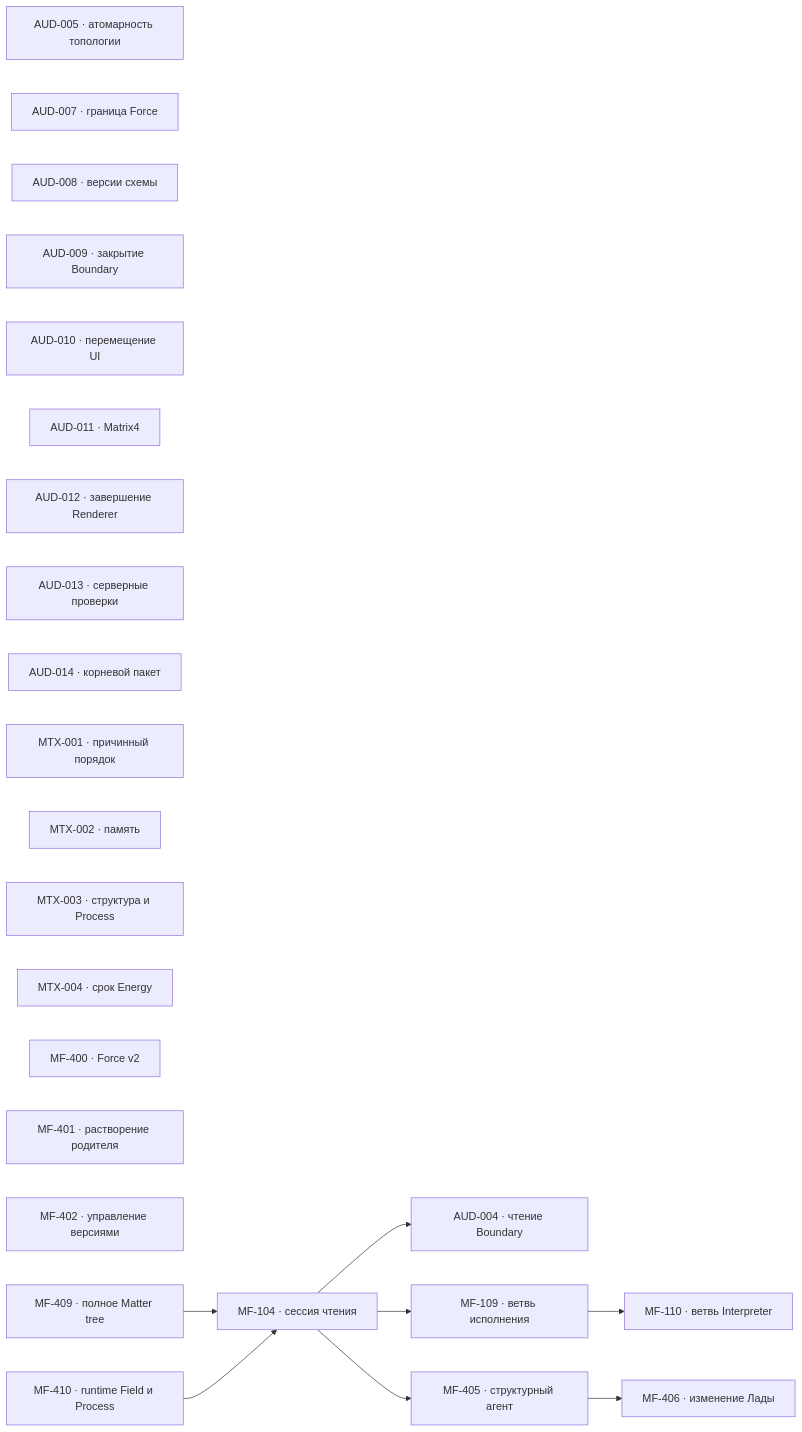
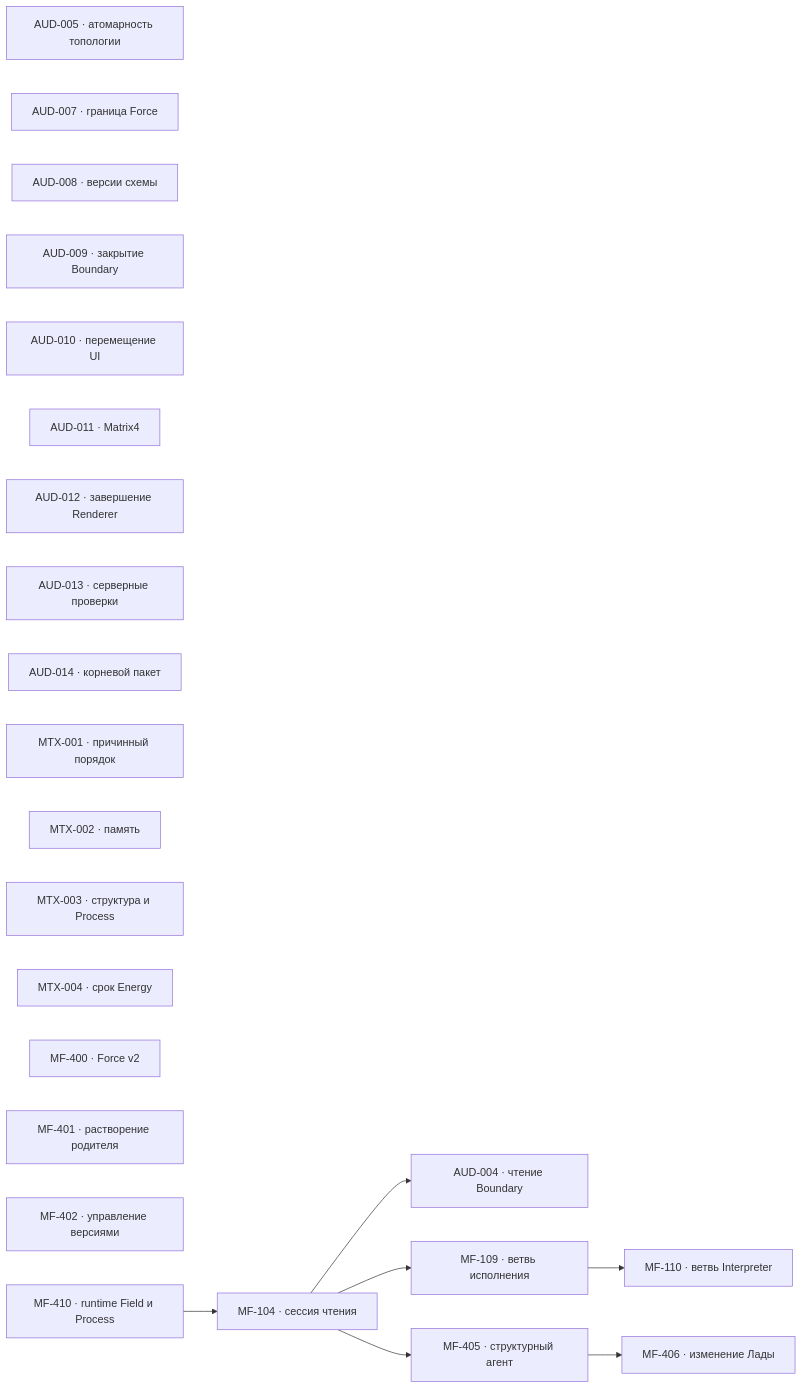
Before and after one commit to zavx0z/metafor: the diagram in project/TODO.md, drawn with Mermaid. The commit also changed other lines of this file and 1 other file, not shown here.

````diff
--- a/project/TODO.md
+++ b/project/TODO.md
@@ -13,35 +13,33 @@
 ```mermaid
 flowchart LR
     AUD004["AUD-004 · чтение Boundary"]
     AUD005["AUD-005 · атомарность топологии"]
     AUD007["AUD-007 · граница Force"]
     AUD008["AUD-008 · версии схемы"]
     AUD009["AUD-009 · закрытие Boundary"]
     AUD010["AUD-010 · перемещение UI"]
     AUD011["AUD-011 · Matrix4"]
     AUD012["AUD-012 · завершение Renderer"]
     AUD013["AUD-013 · серверные проверки"]
     AUD014["AUD-014 · корневой пакет"]
     MTX001["MTX-001 · причинный порядок"]
     MTX002["MTX-002 · память"]
     MTX003["MTX-003 · структура и Process"]
     MTX004["MTX-004 · срок Energy"]
     MF104["MF-104 · сессия чтения"]
     MF109["MF-109 · ветвь исполнения"]
     MF110["MF-110 · ветвь Interpreter"]
     MF400["MF-400 · Force v2"]
     MF401["MF-401 · растворение родителя"]
     MF402["MF-402 · управление версиями"]
     MF405["MF-405 · структурный агент"]
     MF406["MF-406 · изменение Лады"]
-    MF409["MF-409 · полное Matter tree"]
     MF410["MF-410 · runtime Field и Process"]
 
-    MF409 --> MF104
     MF410 --> MF104
     MF104 --> AUD004
     MF104 --> MF109
     MF109 --> MF110
     MF104 --> MF405
     MF405 --> MF406
 ```
````
